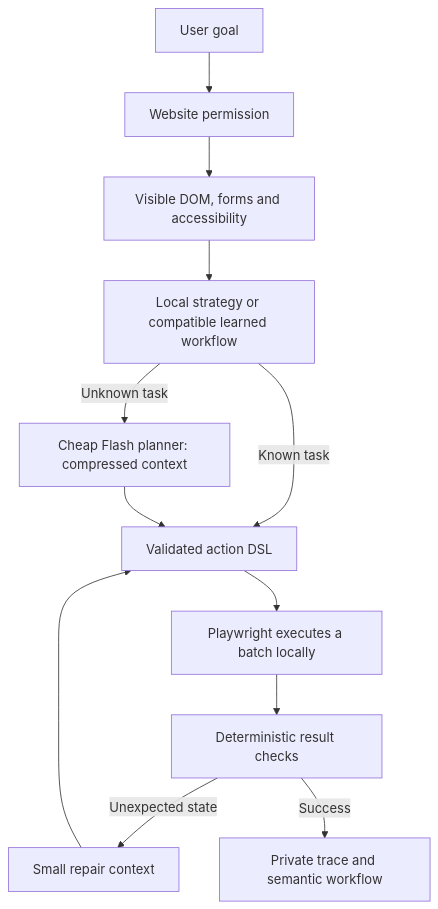
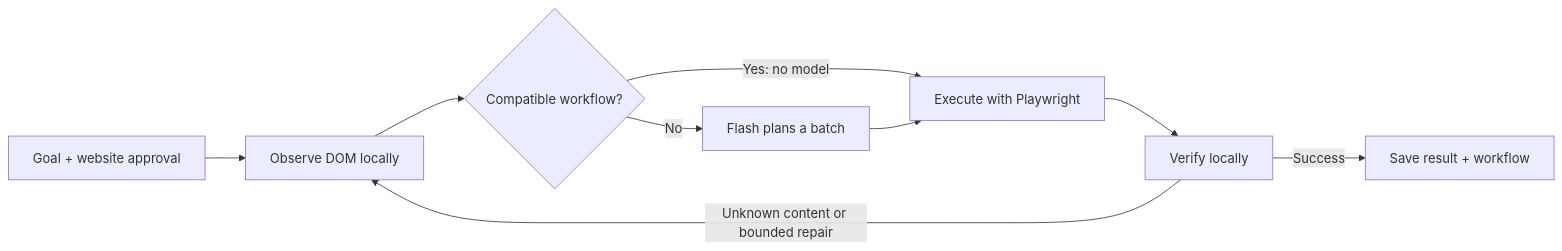
The diagram in README.md (OthmaneBlial/FreeComputerUse), drawn with Mermaid before and after one commit. The commit also changed other lines of this file and 5 other files, not shown here.

````diff
--- a/README.md
+++ b/README.md
@@ -17,14 +176,11 @@
 ```mermaid
-flowchart TD
-  Goal[User goal] --> Permission[Website permission]
-  Permission --> DOM[Visible DOM, forms and accessibility]
-  DOM --> Local[Local strategy or compatible learned workflow]
-  Local -->|Unknown task| Planner[Cheap Flash planner: compressed context]
-  Local -->|Known task| DSL[Validated action DSL]
-  Planner --> DSL
-  DSL --> Execute[Playwright executes a batch locally]
-  Execute --> Verify[Deterministic result checks]
-  Verify -->|Unexpected state| Repair[Small repair context]
-  Repair --> DSL
-  Verify -->|Success| Save[Private trace and semantic workflow]
+flowchart LR
+  G[Goal + website approval] --> O[Observe DOM locally]
+  O --> W{Compatible workflow?}
+  W -->|Yes: no model| E[Execute with Playwright]
+  W -->|No| P[Flash plans a batch]
+  P --> E
+  E --> V[Verify locally]
+  V -->|Unknown content or bounded repair| O
+  V -->|Success| S[Save result + workflow]
 ```
````
